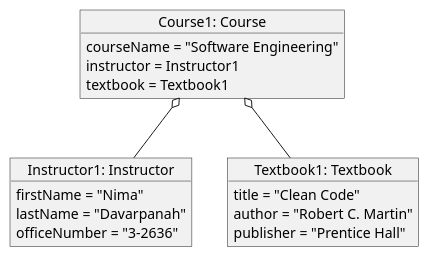
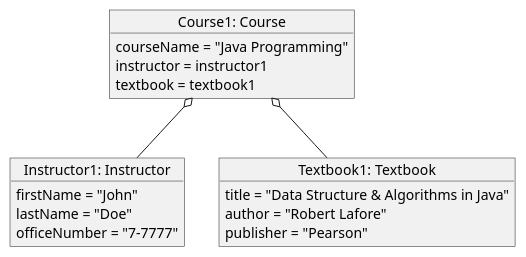
Before and after one commit to MahakPatel/CS5800-Advanced_Software_Engineering: the diagram in src/com/hm3/objectDiagram/object_aggregation.puml, drawn with PlantUML.

Commit message:
modify object diagram of aggregation

```diff
--- a/src/com/hm3/objectDiagram/object_aggregation.puml
+++ b/src/com/hm3/objectDiagram/object_aggregation.puml
@@ -1,23 +1,23 @@
 @startuml
 
 object "Instructor1: Instructor" as Instructor1 {
-    firstName = "Nima"
-    lastName = "Davarpanah"
-    officeNumber = "3-2636"
+    firstName = "John"
+    lastName = "Doe"
+    officeNumber = "7-7777"
 }
 
 object "Textbook1: Textbook" as Textbook1 {
-    title = "Clean Code"
-    author = "Robert C. Martin"
-    publisher = "Prentice Hall"
+    title = "Data Structure & Algorithms in Java"
+    author = "Robert Lafore"
+    publisher = "Pearson"
 }
 
 object "Course1: Course" as course1 {
-    courseName = "Software Engineering"
-    instructor = Instructor1
-    textbook = Textbook1
+    courseName = "Java Programming"
+    instructor = instructor1
+    textbook = textbook1
 }
 
 course1 o-- Instructor1
 course1 o-- Textbook1
 @enduml
```
